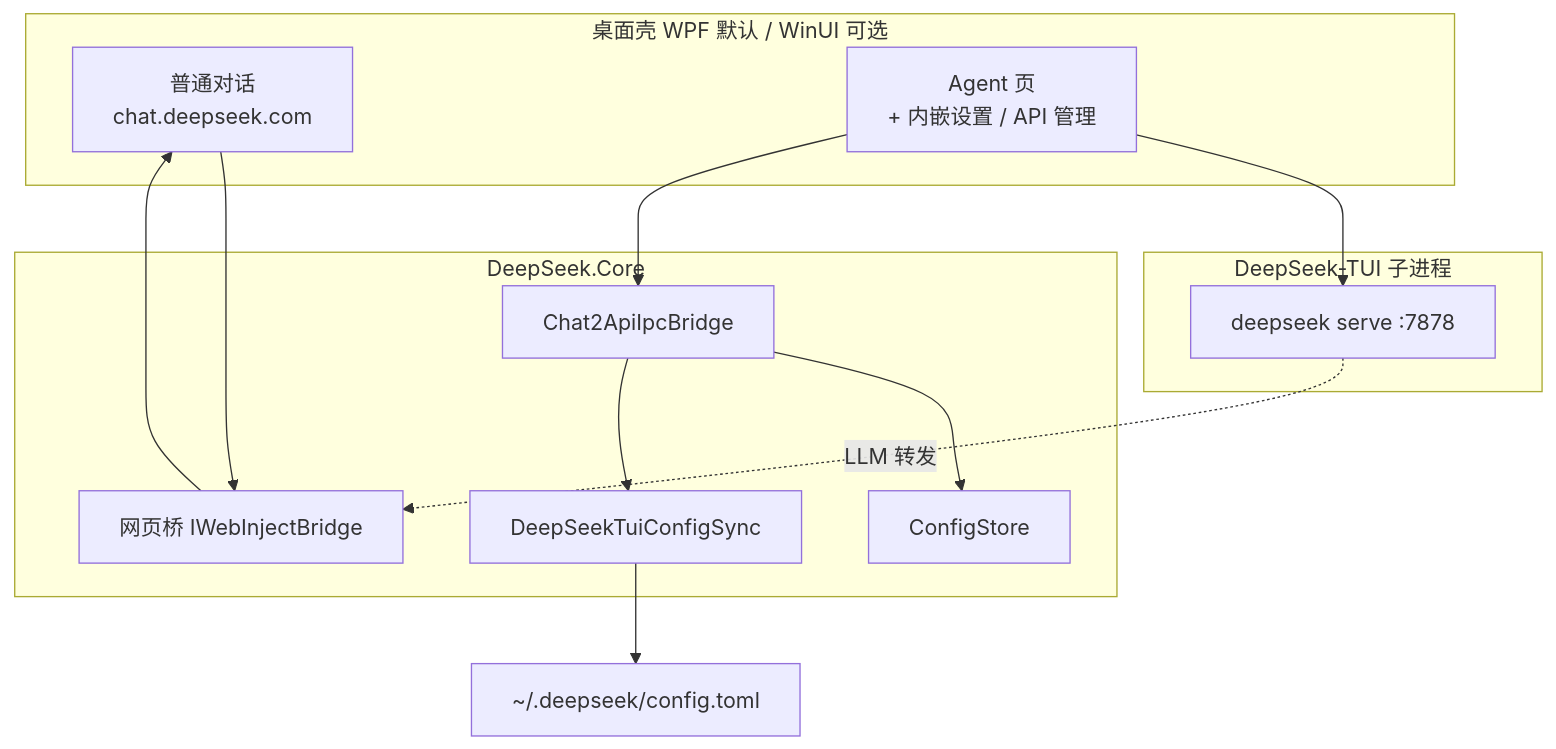
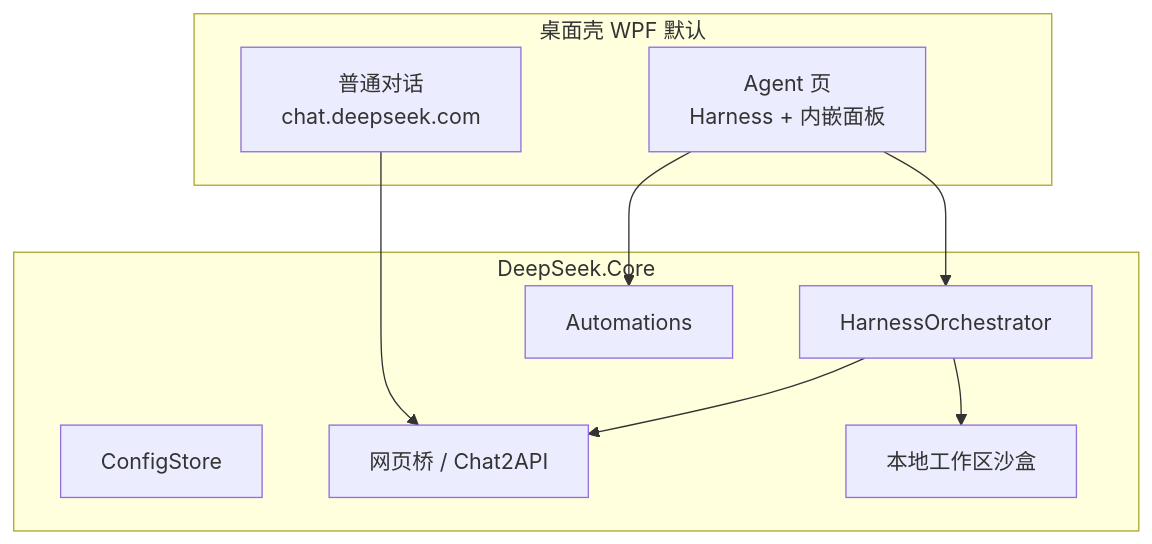
One commit to Zeeeepa/deepseek-desktop changed the diagram in README.md. Above: the diagram before and after it, drawn with Mermaid. The commit also changed other lines of this file and 211 other files, not shown here.

First line of the commit message:
Release v2.0.0: native Harness, sandbox, automations, and desktop polish.

````diff
--- a/README.md
+++ b/README.md
@@ -33,27 +45,21 @@
 ```mermaid
 flowchart TB
-  subgraph Shell["桌面壳 WPF 默认 / WinUI 可选"]
+  subgraph Shell["桌面壳 WPF 默认"]
     Chat["普通对话\nchat.deepseek.com"]
-    Agent["Agent 页\n+ 内嵌设置 / API 管理"]
+    Agent["Agent 页\nHarness + 内嵌面板"]
   end
 
   subgraph Core["DeepSeek.Core"]
     CFG["ConfigStore"]
-    IPC["Chat2ApiIpcBridge"]
-    Bridge["网页桥 IWebInjectBridge"]
-    Sync["DeepSeekTuiConfigSync"]
-  end
-
-  subgraph Runtime["DeepSeek-TUI 子进程"]
-    TUI["deepseek serve :7878"]
+    Bridge["网页桥 / Chat2API"]
+    Harness["HarnessOrchestrator"]
+    Sandbox["本地工作区沙盒"]
+    Auto["Automations"]
   end
 
   Chat --> Bridge
-  Agent --> TUI
-  Agent --> IPC
-  IPC --> CFG
-  IPC --> Sync
-  TUI -.->|LLM 转发| Bridge
-  Bridge --> Chat
-  Sync --> TOML["~/.deepseek/config.toml"]
+  Agent --> Harness
+  Harness --> Bridge
+  Harness --> Sandbox
+  Agent --> Auto
 ```
````
